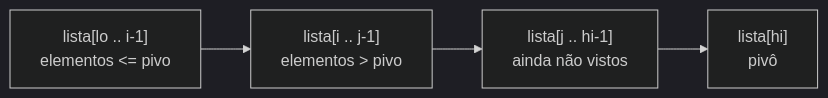
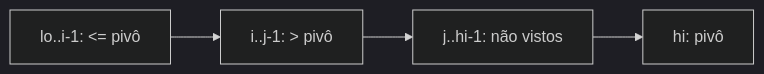
The diagram in content/cursos/n3-estruturas-de-dados-e-algoritmos/04-busca-e-ordenacao/04-quick-sort.lvl.md (Lip3Bazinga/v0-level-usp-project), drawn with Mermaid (dark theme) before and after one commit. The commit also changed other lines of this file and 20 other files, not shown here.

````diff
--- a/content/cursos/n3-estruturas-de-dados-e-algoritmos/04-busca-e-ordenacao/04-quick-sort.lvl.md
+++ b/content/cursos/n3-estruturas-de-dados-e-algoritmos/04-busca-e-ordenacao/04-quick-sort.lvl.md
@@ -35,6 +26,6 @@
 ```mermaid
 flowchart LR
-    A["lista[lo .. i-1]<br/>elementos <= pivo"] --> B["lista[i .. j-1]<br/>elementos > pivo"]
-    B --> C["lista[j .. hi-1]<br/>ainda não vistos"]
-    C --> D["lista[hi]<br/>pivô"]
+    A["lo..i-1: <= pivô"] --> B["i..j-1: > pivô"]
+    B --> C["j..hi-1: não vistos"]
+    C --> D["hi: pivô"]
 ```
````
